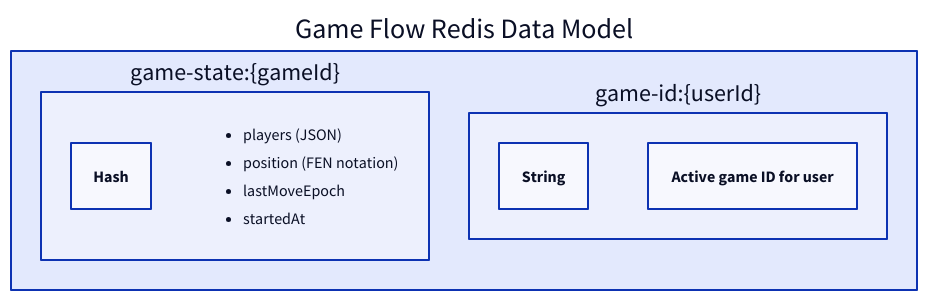
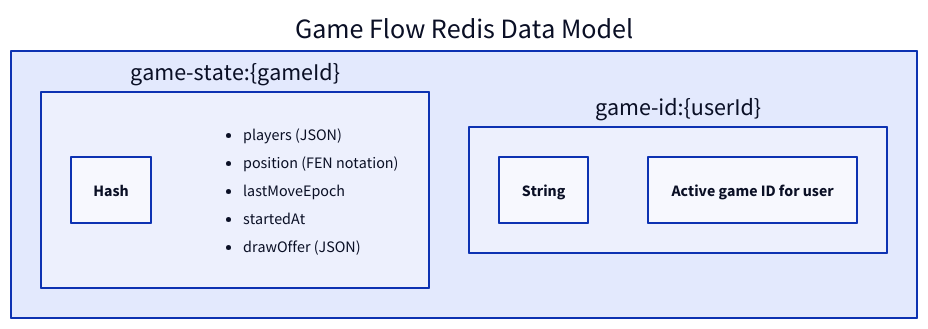
Before and after one commit to molgergo01/chess-game: the diagram in docs/diagrams/schema/redis-game-flow.d2, drawn with D2. The commit also changed 20 other files, not shown here.

Commit message:
feat: add final diagrams and .env templates (#23)

```diff
--- a/docs/diagrams/schema/redis-game-flow.d2
+++ b/docs/diagrams/schema/redis-game-flow.d2
@@ -1,20 +1,21 @@
 Game Flow Redis Data Model: {
   GameState: {
     shape: rectangle
     label: "game-state:{gameId}"
     type: "Hash"
     fields: |md
       - players (JSON)
       - position (FEN notation)
       - lastMoveEpoch
       - startedAt
+      - drawOffer (JSON)
     |
   }
 
   UserGameMapping: {
     shape: rectangle
     label: "game-id:{userId}"
     type: "String"
     description: "Active game ID for user"
   }
 }
```
